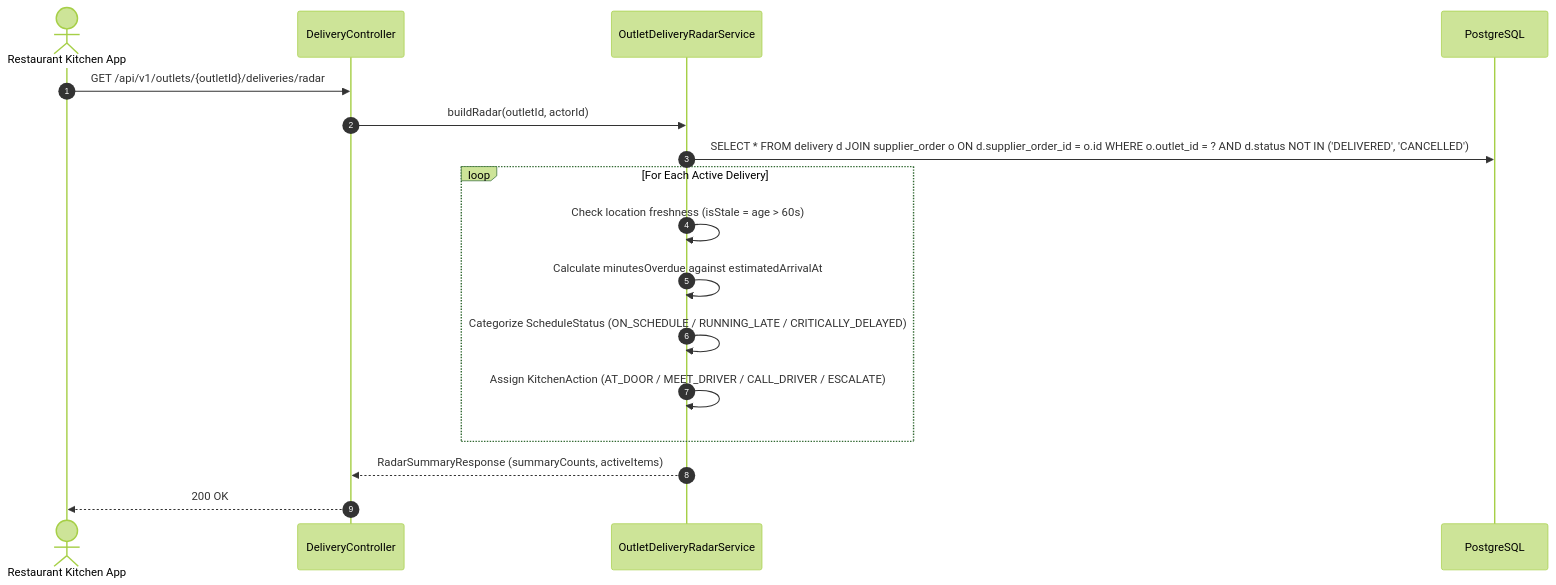
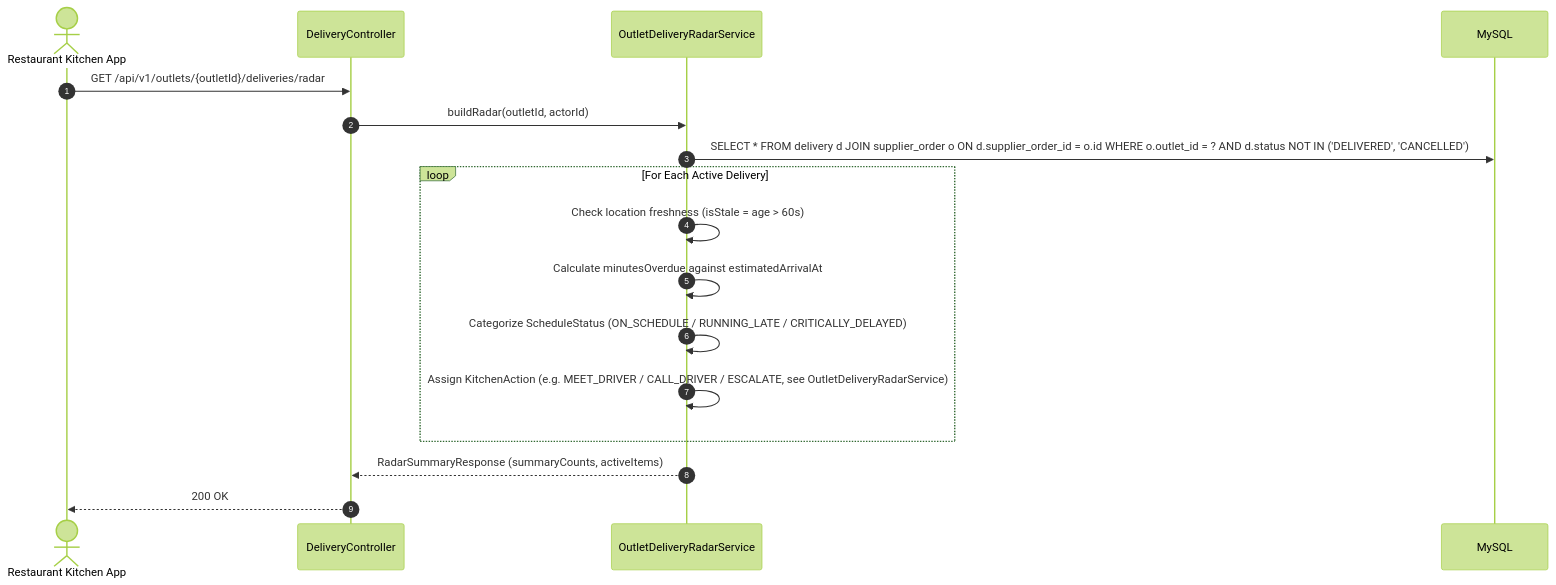
Before and after one commit to narasimha-reddy/costonomy-mp-api: the seventh of 10 diagrams in docs/architecture/sequence-diagrams/02-delivery-and-logistics.md, drawn with Mermaid (forest theme). The commit also changed other lines of this file and 19 other files, not shown here.

First line of the commit message:
docs(delivery): current state, diagrams, decisions D-204 to D-207, changelog and traceability

````diff
--- a/docs/architecture/sequence-diagrams/02-delivery-and-logistics.md
+++ b/docs/architecture/sequence-diagrams/02-delivery-and-logistics.md
@@ -242,20 +244,20 @@
 ```mermaid
 sequenceDiagram
     autonumber
     actor Kitchen as Restaurant Kitchen App
     participant DC as DeliveryController
     participant ODR as OutletDeliveryRadarService
-    participant DB as PostgreSQL
+    participant DB as MySQL
 
     Kitchen->>DC: GET /api/v1/outlets/{outletId}/deliveries/radar
     DC->>ODR: buildRadar(outletId, actorId)
     ODR->>DB: SELECT * FROM delivery d JOIN supplier_order o ON d.supplier_order_id = o.id WHERE o.outlet_id = ? AND d.status NOT IN ('DELIVERED', 'CANCELLED')
     loop For Each Active Delivery
         ODR->>ODR: Check location freshness (isStale = age > 60s)
         ODR->>ODR: Calculate minutesOverdue against estimatedArrivalAt
         ODR->>ODR: Categorize ScheduleStatus (ON_SCHEDULE / RUNNING_LATE / CRITICALLY_DELAYED)
-        ODR->>ODR: Assign KitchenAction (AT_DOOR / MEET_DRIVER / CALL_DRIVER / ESCALATE)
+        ODR->>ODR: Assign KitchenAction (e.g. MEET_DRIVER / CALL_DRIVER / ESCALATE, see OutletDeliveryRadarService)
     end
     ODR-->>DC: RadarSummaryResponse (summaryCounts, activeItems)
     DC-->>Kitchen: 200 OK
 ```
````
